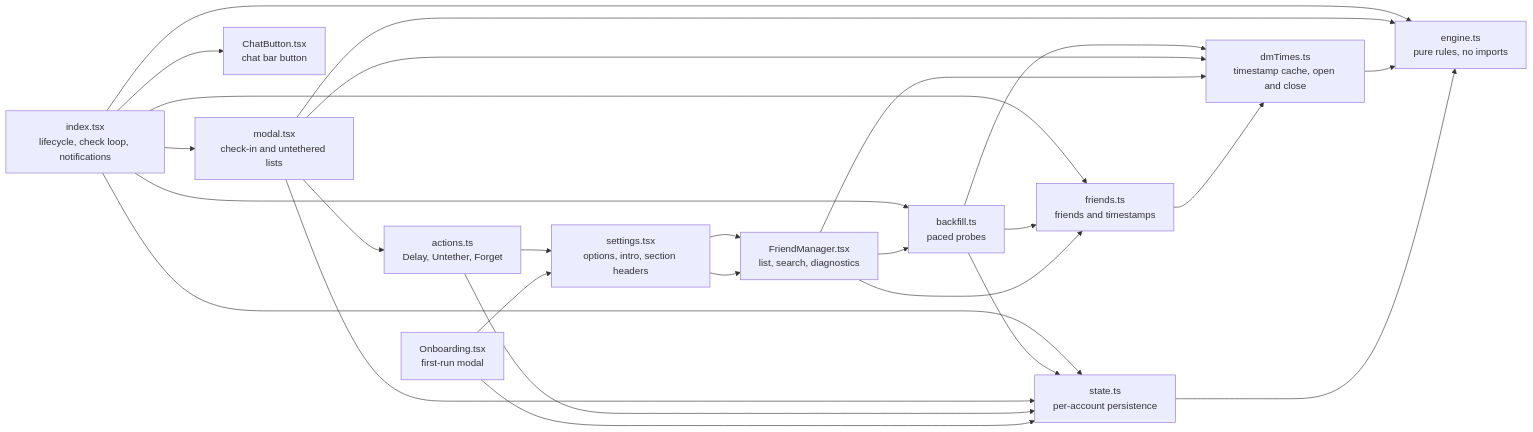
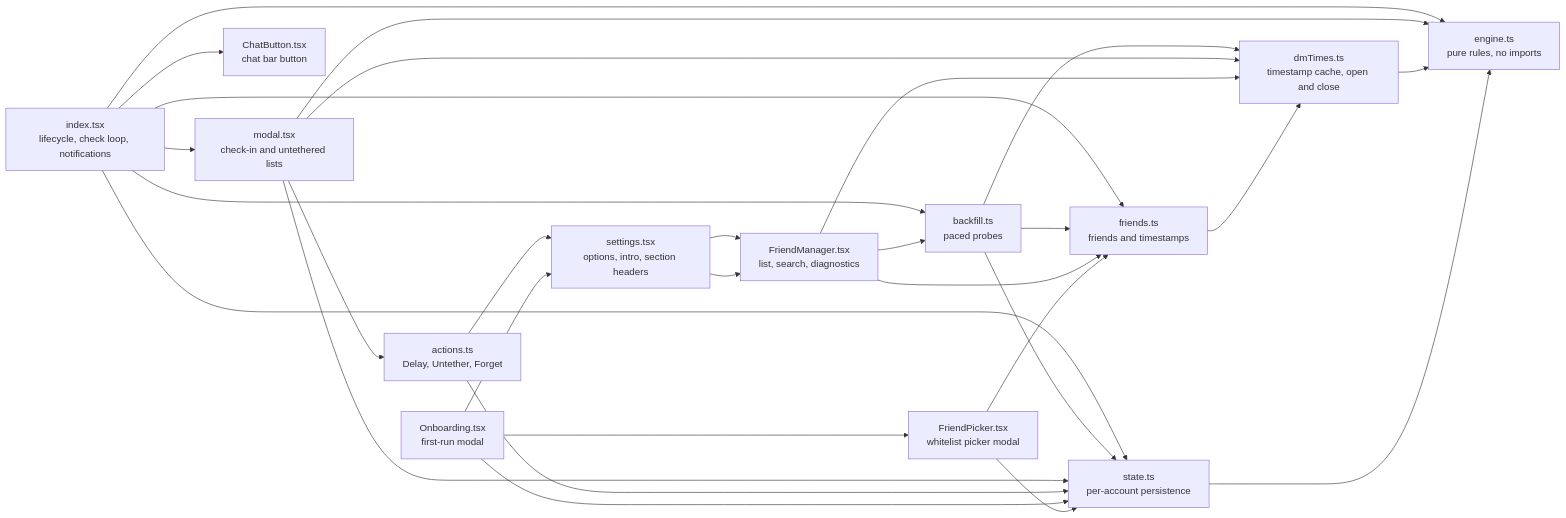
One commit to PipettingBeaver/Tether changed the first of 4 diagrams in docs/ARCHITECTURE.md. Above: the diagram before and after it, drawn with Mermaid. The commit also changed other lines of this file and 4 other files, not shown here.

Commit message:
Add a whitelist friend picker to onboarding

````diff
--- a/docs/ARCHITECTURE.md
+++ b/docs/ARCHITECTURE.md
@@ -5,35 +5,38 @@
 ```mermaid
 flowchart LR
     index["index.tsx<br/>lifecycle, check loop, notifications"] --> backfill
     index --> modal
     index --> chatButton["ChatButton.tsx<br/>chat bar button"]
     index --> friends["friends.ts<br/>friends and timestamps"]
     index --> state["state.ts<br/>per-account persistence"]
     index --> engine["engine.ts<br/>pure rules, no imports"]
 
     backfill["backfill.ts<br/>paced probes"] --> dmTimes
     backfill --> friends
     backfill --> state
 
     modal["modal.tsx<br/>check-in and untethered lists"] --> actions
     modal --> dmTimes
     modal --> state
     modal --> engine
 
     actions["actions.ts<br/>Delay, Untether, Forget"] --> state
     actions --> settings
 
     settings["settings.tsx<br/>options, intro, section headers"] --> friendManager
     settings --> friendManager
     friendManager["FriendManager.tsx<br/>list, search, diagnostics"] --> friends
     friendManager --> backfill
     friendManager --> dmTimes
 
     friends --> dmTimes
     dmTimes["dmTimes.ts<br/>timestamp cache, open and close"] --> engine
 
     onboarding["Onboarding.tsx<br/>first-run modal"] --> state
     onboarding --> settings
+    onboarding --> friendPicker["FriendPicker.tsx<br/>whitelist picker modal"]
+    friendPicker --> friends
+    friendPicker --> state
 
     state --> engine
 ```
````
